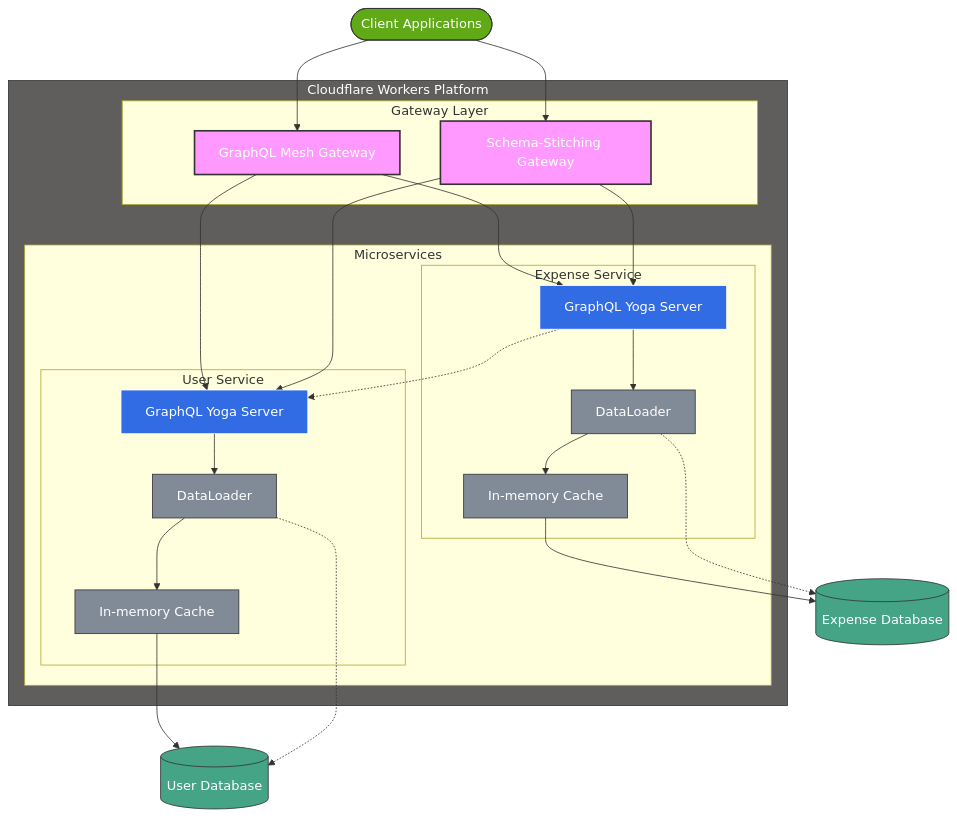
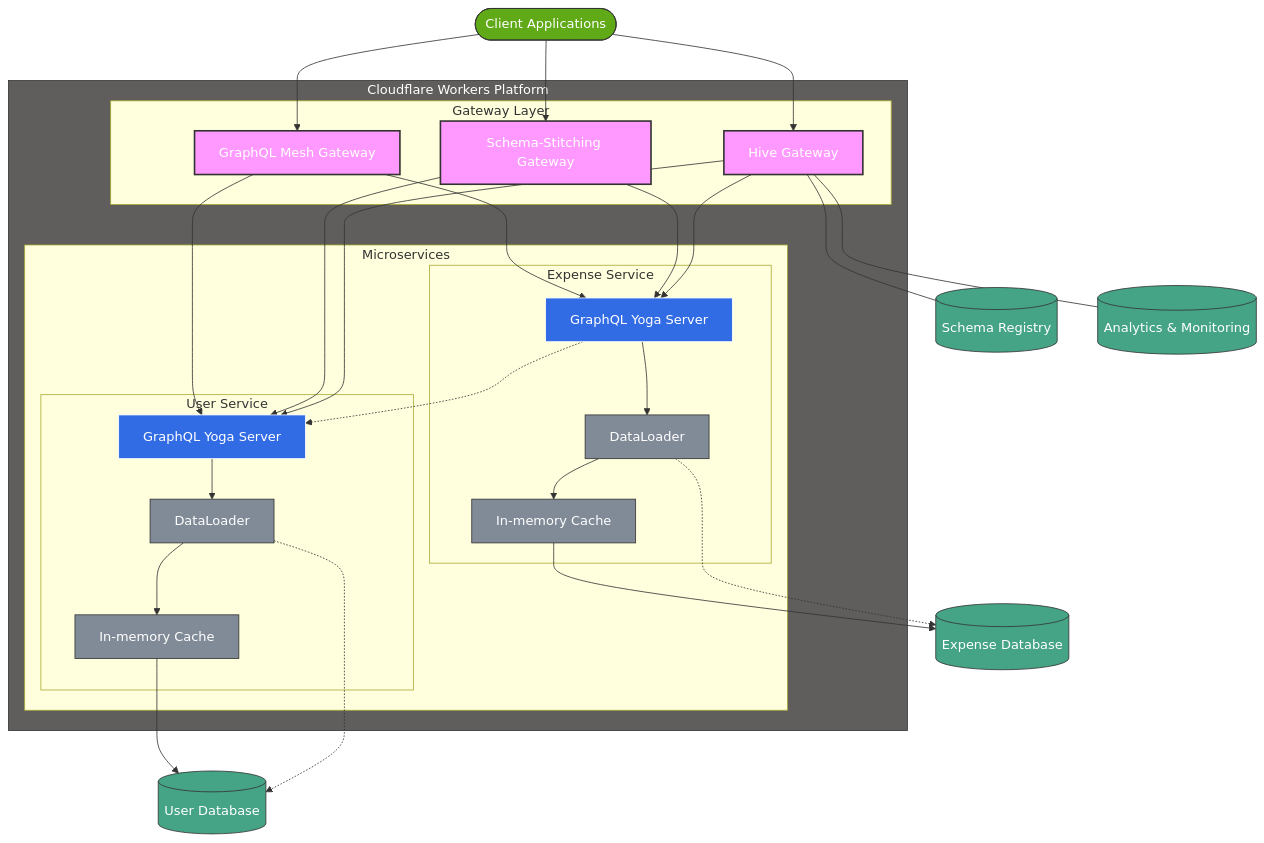
One commit to vinodhj/graphql-gateway-microservices changed the second of 3 diagrams in docs/tdd/hld.md. Above: the diagram before and after it, drawn with Mermaid. The commit also changed other lines of this file and 2 other files, not shown here.

Commit message:
docs updated using hive gateway

````diff
--- a/docs/tdd/hld.md
+++ b/docs/tdd/hld.md
@@ -49,57 +55,64 @@
 ```mermaid
 flowchart TD
     Client([Client Applications]) --> MeshGateway
     Client --> StitchingGateway
+    Client --> HiveGateway
 
     subgraph CloudflareWorkers["Cloudflare Workers Platform"]
         subgraph Gateway["Gateway Layer"]
             MeshGateway["GraphQL Mesh Gateway"]
             StitchingGateway["Schema-Stitching Gateway"]
+            HiveGateway["Hive Gateway"]
         end
 
         subgraph Microservices["Microservices"]
             subgraph UserSvc["User Service"]
                 UserService["GraphQL Yoga Server"]
                 UserDL["DataLoader"]
                 UserCache["In-memory Cache"]
             end
 
             subgraph ExpenseSvc["Expense Service"]
                 ExpenseService["GraphQL Yoga Server"]
                 ExpenseDL["DataLoader"]
                 ExpenseCache["In-memory Cache"]
             end
         end
     end
 
     MeshGateway --> UserService
     MeshGateway --> ExpenseService
     StitchingGateway --> UserService
     StitchingGateway --> ExpenseService
+    HiveGateway --> UserService
+    HiveGateway --> ExpenseService
+
+    HiveGateway --- SchemaRegistry[(Schema Registry)]
+    HiveGateway --- Analytics[(Analytics & Monitoring)]
 
     UserService --> UserDL
     UserDL --> UserCache
     UserCache --> UserDB[(User Database)]
     UserDL -.-> UserDB
 
     ExpenseService --> ExpenseDL
     ExpenseDL --> ExpenseCache
     ExpenseCache --> ExpenseDB[(Expense Database)]
     ExpenseDL -.-> ExpenseDB
 
     ExpenseService -.-> UserService
 
     classDef gateway fill:#f9f,stroke:#333,stroke-width:2px,color:#fff
     classDef service fill:#326ce5,stroke:#fff,stroke-width:1px,color:#fff
     classDef optimization fill:#818b98,stroke:#333,stroke-width:1px,color:#fff
     classDef db fill:#45a386,stroke:#333,stroke-width:1px,color:#fff
     classDef client fill:#60a917,stroke:#333,stroke-width:1px,color:#fff
     classDef platform fill:#605e5c,stroke:#333,stroke-width:1px,color:#fff
 
-    class MeshGateway,StitchingGateway gateway
+    class MeshGateway,StitchingGateway,HiveGateway gateway
     class UserService,ExpenseService service
     class UserDL,UserCache,ExpenseDL,ExpenseCache optimization
-    class UserDB,ExpenseDB db
+    class UserDB,ExpenseDB,SchemaRegistry,Analytics db
     class Client client
     class CloudflareWorkers platform
 ```
````
